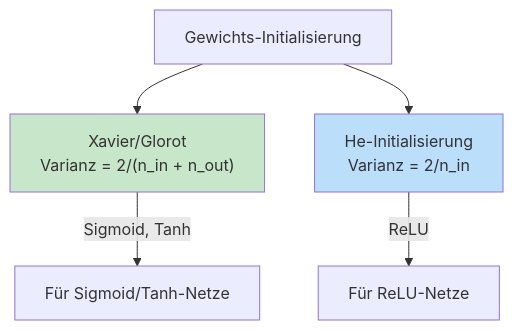
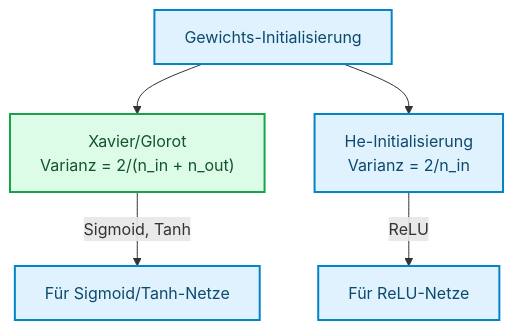
One commit to ralf-42/ML_Intro changed the sixth of 6 diagrams in docs/concepts/modeling/neuronale-netze.md. Above: the diagram before and after it, drawn with Mermaid. The commit also changed other lines of this file and 67 other files, not shown here.

````diff
--- a/docs/concepts/modeling/neuronale-netze.md
+++ b/docs/concepts/modeling/neuronale-netze.md
@@ -249,13 +253,14 @@
 ```mermaid
 flowchart TD
     INIT["Gewichts-Initialisierung"]
     
     INIT --> XAVIER["Xavier/Glorot<br/>Varianz = 2/(n_in + n_out)"]
     INIT --> HE["He-Initialisierung<br/>Varianz = 2/n_in"]
     
     XAVIER --> |"Sigmoid, Tanh"| SIGMOID_NET["Für Sigmoid/Tanh-Netze"]
     HE --> |"ReLU"| RELU_NET["Für ReLU-Netze"]
-    
-    style XAVIER fill:#c8e6c9
-    style HE fill:#bbdefb
+
+    classDef default fill:#e0f2fe,stroke:#0284c7,stroke-width:2px,color:#0c4a6e;
+    classDef output fill:#dcfce7,stroke:#16a34a,stroke-width:2px,color:#14532d;
+    class XAVIER output;
 ```
````
